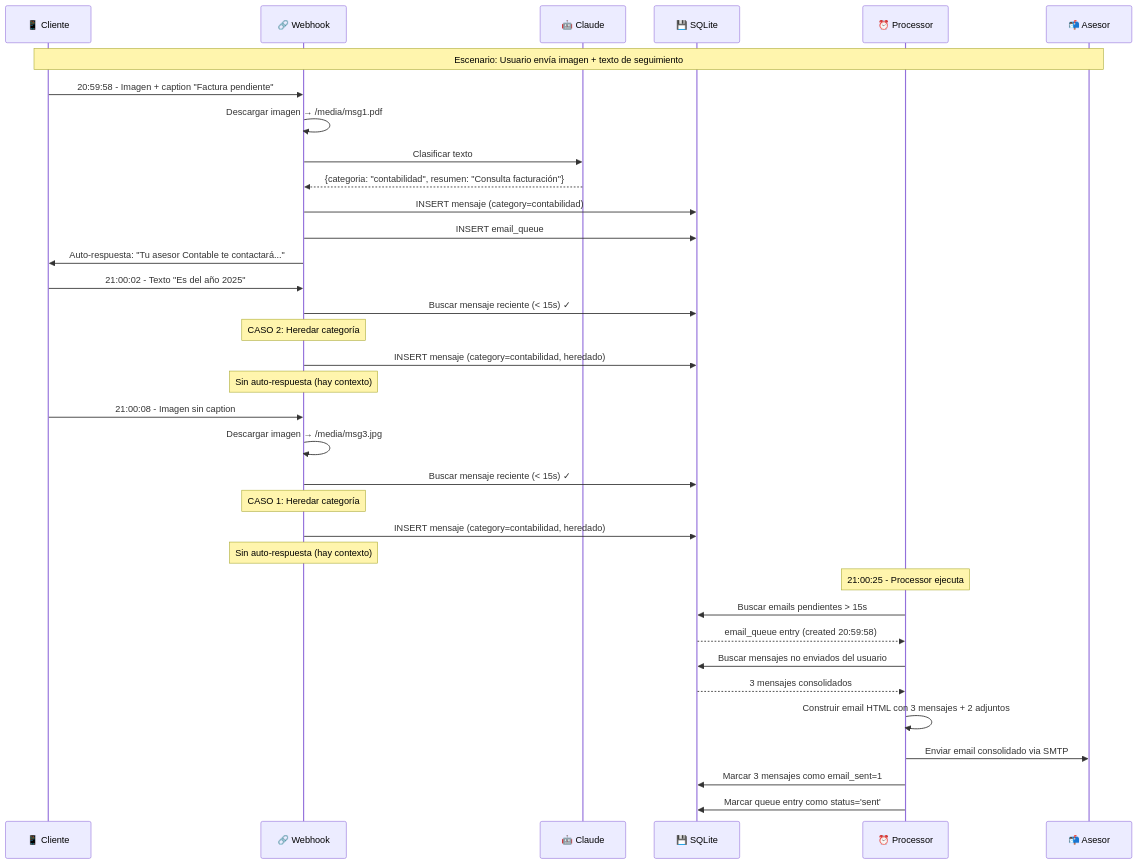
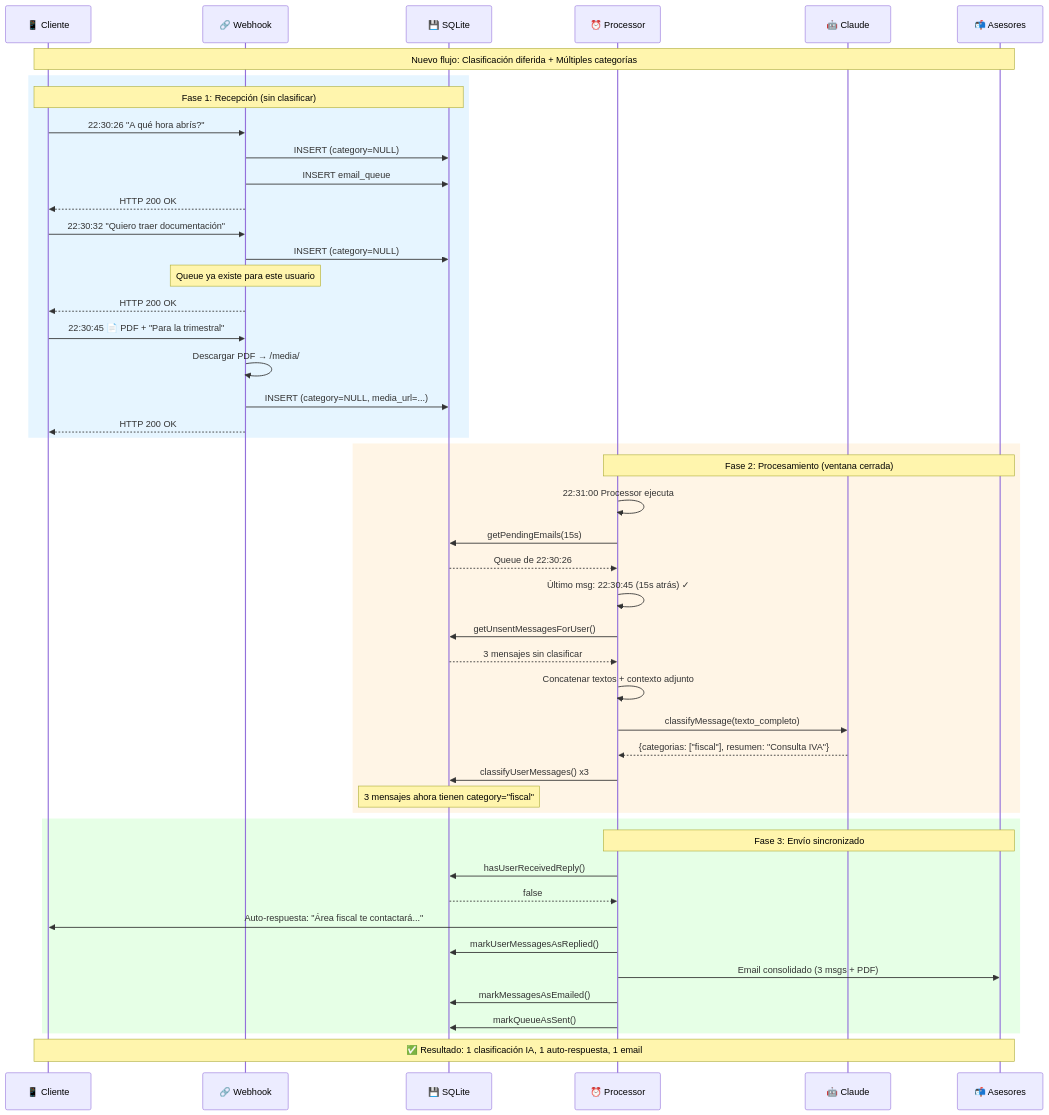
One commit to dmartorell/WhatsApp-manager-poc changed the sixth of 9 diagrams in docs/message-flow-diagram.md. Above: the diagram before and after it, drawn with Mermaid. The commit also changed other lines of this file and 2 other files, not shown here.

First line of the commit message:
Feat: Marcar mensajes como leídos + actualizar docs

````diff
--- a/docs/message-flow-diagram.md
+++ b/docs/message-flow-diagram.md
@@ -221,43 +273,64 @@
 ```mermaid
 sequenceDiagram
     participant C as 📱 Cliente
     participant W as 🔗 Webhook
-    participant AI as 🤖 Claude
     participant DB as 💾 SQLite
     participant P as ⏰ Processor
-    participant A as 📬 Asesor
+    participant AI as 🤖 Claude
+    participant A as 📬 Asesores
 
-    Note over C,A: Escenario: Usuario envía imagen + texto de seguimiento
+    Note over C,A: Nuevo flujo: Clasificación diferida + Múltiples categorías
 
-    C->>W: 20:59:58 - Imagen + caption "Factura pendiente"
-    W->>W: Descargar imagen → /media/msg1.pdf
-    W->>AI: Clasificar texto
-    AI-->>W: {categoria: "contabilidad", resumen: "Consulta facturación"}
-    W->>DB: INSERT mensaje (category=contabilidad)
-    W->>DB: INSERT email_queue
-    W->>C: Auto-respuesta: "Tu asesor Contable te contactará..."
+    rect rgb(230, 245, 255)
+        Note over C,DB: Fase 1: Recepción (sin clasificar)
+        C->>W: 22:30:26 "A qué hora abrís?"
+        W->>DB: INSERT (category=NULL)
+        W->>DB: INSERT email_queue
+        W-->>C: HTTP 200 OK
 
-    C->>W: 21:00:02 - Texto "Es del año 2025"
-    W->>DB: Buscar mensaje reciente (< 15s) ✓
-    Note over W: CASO 2: Heredar categoría
-    W->>DB: INSERT mensaje (category=contabilidad, heredado)
-    Note over W: Sin auto-respuesta (hay contexto)
+        C->>W: 22:30:32 "Quiero traer documentación"
+        W->>DB: INSERT (category=NULL)
+        Note over W: Queue ya existe para este usuario
+        W-->>C: HTTP 200 OK
 
-    C->>W: 21:00:08 - Imagen sin caption
-    W->>W: Descargar imagen → /media/msg3.jpg
-    W->>DB: Buscar mensaje reciente (< 15s) ✓
-    Note over W: CASO 1: Heredar categoría
-    W->>DB: INSERT mensaje (category=contabilidad, heredado)
-    Note over W: Sin auto-respuesta (hay contexto)
+        C->>W: 22:30:45 📄 PDF + "Para la trimestral"
+        W->>W: Descargar PDF → /media/
+        W->>DB: INSERT (category=NULL, media_url=...)
+        W-->>C: HTTP 200 OK
+    end
 
-    Note over P: 21:00:25 - Processor ejecuta
+    rect rgb(255, 245, 230)
+        Note over P,A: Fase 2: Procesamiento (ventana cerrada)
 
-    P->>DB: Buscar emails pendientes > 15s
-    DB-->>P: email_queue entry (created 20:59:58)
-    P->>DB: Buscar mensajes no enviados del usuario
-    DB-->>P: 3 mensajes consolidados
-    P->>P: Construir email HTML con 3 mensajes + 2 adjuntos
-    P->>A: Enviar email consolidado via SMTP
-    P->>DB: Marcar 3 mensajes como email_sent=1
-    P->>DB: Marcar queue entry como status='sent'
+        P->>P: 22:31:00 Processor ejecuta
+        P->>DB: getPendingEmails(15s)
+        DB-->>P: Queue de 22:30:26
+        P->>P: Último msg: 22:30:45 (15s atrás) ✓
+
+        P->>DB: getUnsentMessagesForUser()
+        DB-->>P: 3 mensajes sin clasificar
+
+        P->>P: Concatenar textos + contexto adjunto
+        P->>AI: classifyMessage(texto_completo)
+        AI-->>P: {categorias: ["fiscal"], resumen: "Consulta IVA"}
+
+        P->>DB: classifyUserMessages() x3
+        Note over DB: 3 mensajes ahora tienen category="fiscal"
+    end
+
+    rect rgb(230, 255, 230)
+        Note over P,A: Fase 3: Envío sincronizado
+
+        P->>DB: hasUserReceivedReply()
+        DB-->>P: false
+
+        P->>C: Auto-respuesta: "Área fiscal te contactará..."
+        P->>DB: markUserMessagesAsReplied()
+
+        P->>A: Email consolidado (3 msgs + PDF)
+        P->>DB: markMessagesAsEmailed()
+        P->>DB: markQueueAsSent()
+    end
+
+    Note over C,A: ✅ Resultado: 1 clasificación IA, 1 auto-respuesta, 1 email
 ```
````
